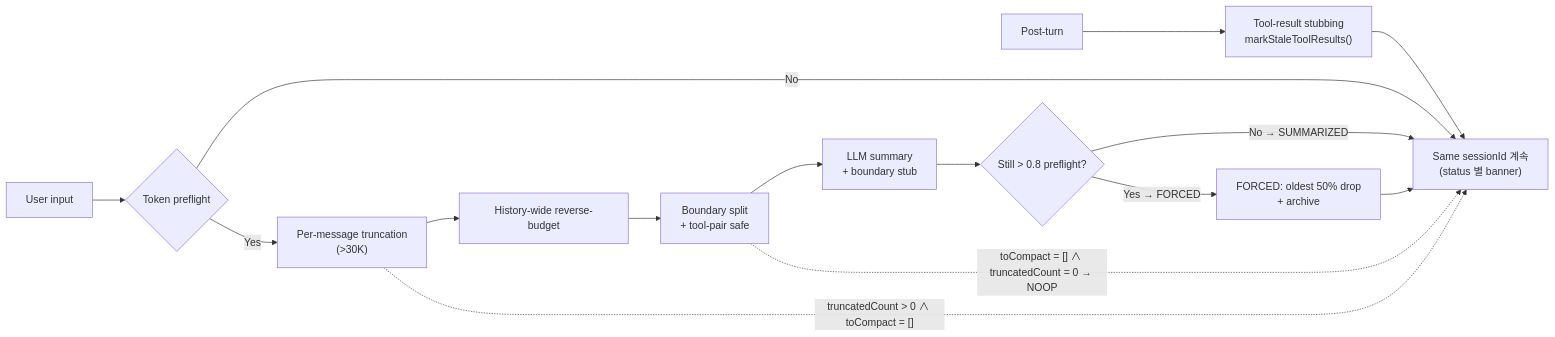
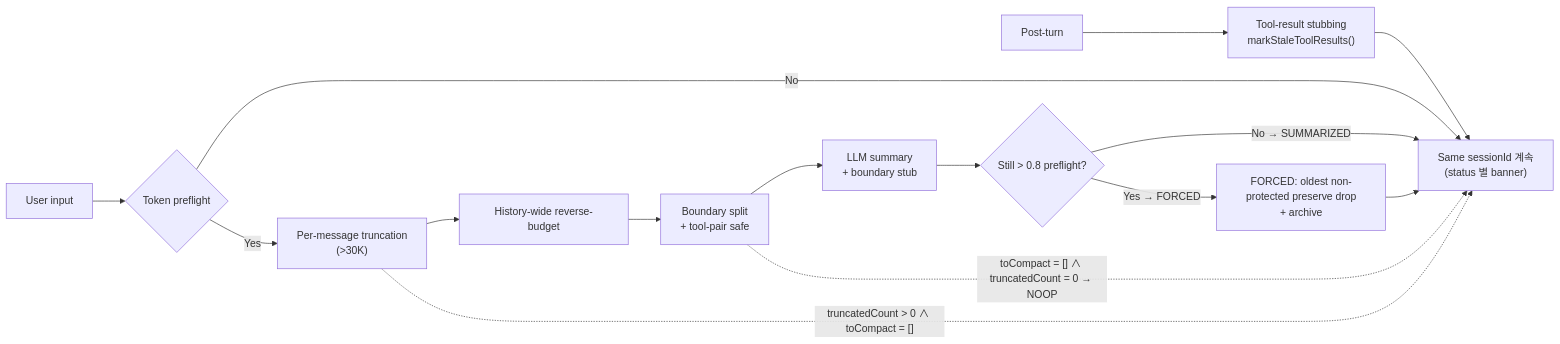
Before and after one commit to lvis-project/lvis-app: diagram 11 of 44 in docs/architecture/architecture.md, drawn with Mermaid. The commit also changed other lines of this file and 13 other files, not shown here.

````diff
--- a/docs/architecture/architecture.md
+++ b/docs/architecture/architecture.md
@@ -846,23 +852,23 @@
 ```mermaid
 flowchart LR
     PostTurn["Post-turn"]
     UserInput["User input"]
     MarkStale["Tool-result stubbing<br/>markStaleToolResults()"]
     Preflight{"Token preflight"}
     PerMessageTrunc["Per-message truncation<br/>(>30K)"]
     ReverseBudget["History-wide reverse-budget"]
     BoundarySplit["Boundary split<br/>+ tool-pair safe"]
     SummaryCall["LLM summary<br/>+ boundary stub"]
     ForcedCheck{"Still > 0.8 preflight?"}
-    Forced["FORCED: oldest 50% drop<br/>+ archive"]
+    Forced["FORCED: oldest non-protected preserve drop<br/>+ archive"]
     Continue["Same sessionId 계속<br/>(status 별 banner)"]
 
     PostTurn --> MarkStale --> Continue
     UserInput --> Preflight
     Preflight -->|"No"| Continue
     Preflight -->|"Yes"| PerMessageTrunc --> ReverseBudget --> BoundarySplit --> SummaryCall --> ForcedCheck
     ForcedCheck -->|"No → SUMMARIZED"| Continue
     ForcedCheck -->|"Yes → FORCED"| Forced --> Continue
     PerMessageTrunc -.->|"truncatedCount > 0 ∧ toCompact = []"| Continue
     BoundarySplit -.->|"toCompact = [] ∧ truncatedCount = 0 → NOOP"| Continue
 ```
````
